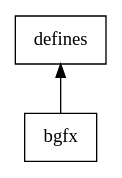
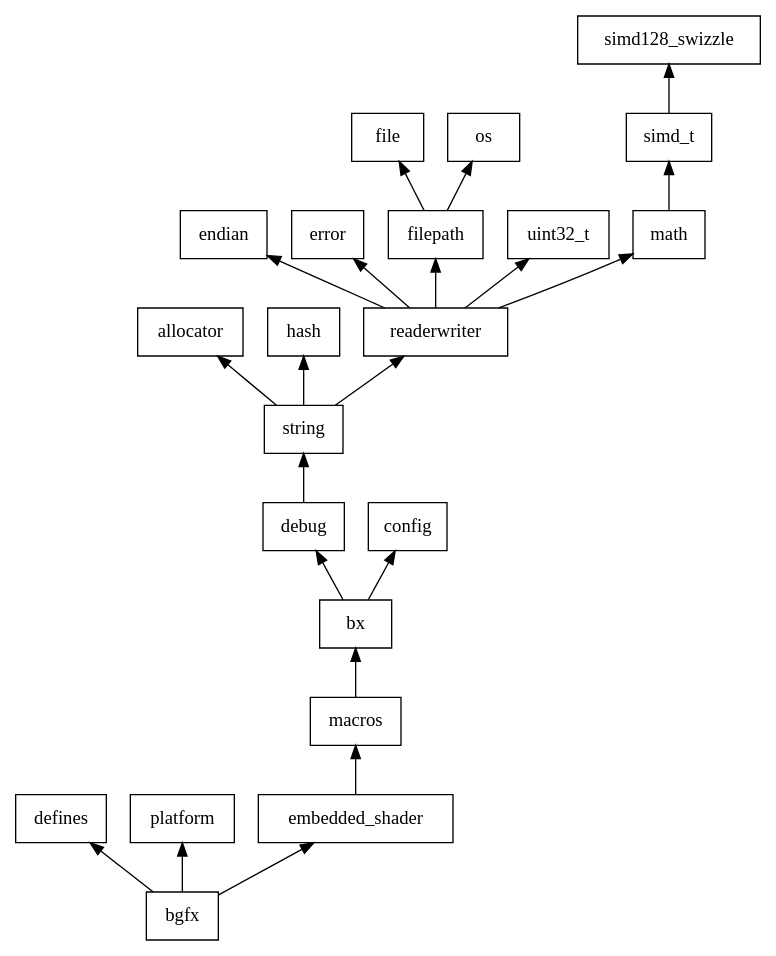
The diagram in doc/tinybgfx.dot (hotqkc/tt), drawn with Graphviz before and after one commit. The commit also changed 67 other files, not shown here.

```diff
--- a/doc/tinybgfx.dot
+++ b/doc/tinybgfx.dot
@@ -1,11 +1,36 @@
 digraph TTSFML_System {
 
 	rankdir = BT
 
 	node [
 		shape = "record"
 	]
 	
 	bgfx -> defines
+	bgfx -> platform
 	
+	bgfx -> embedded_shader
+	
+	embedded_shader -> macros
+	
+	macros -> bx
+	bx -> debug
+	bx -> config
+	debug -> string
+	
+	string -> allocator
+	string -> hash
+	string -> readerwriter
+		
+	readerwriter -> endian
+	readerwriter -> error
+	readerwriter -> filepath
+	readerwriter -> uint32_t
+	readerwriter -> math
+	
+	math -> simd_t
+	simd_t -> simd128_swizzle
+	
+	filepath -> file
+	filepath -> os
 }
```
